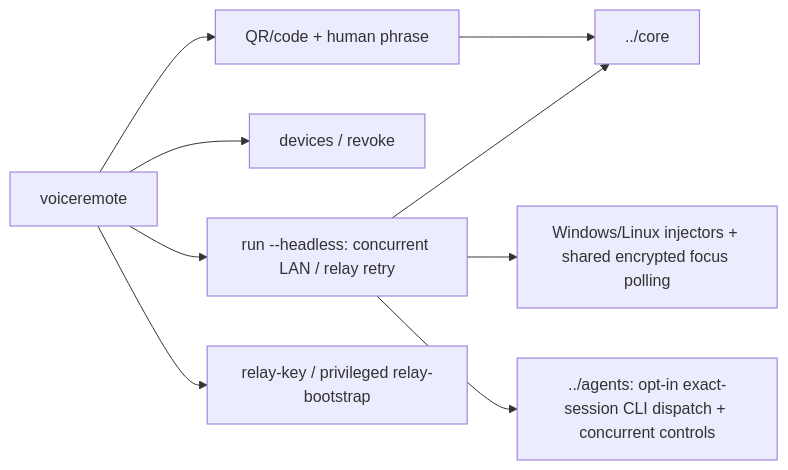
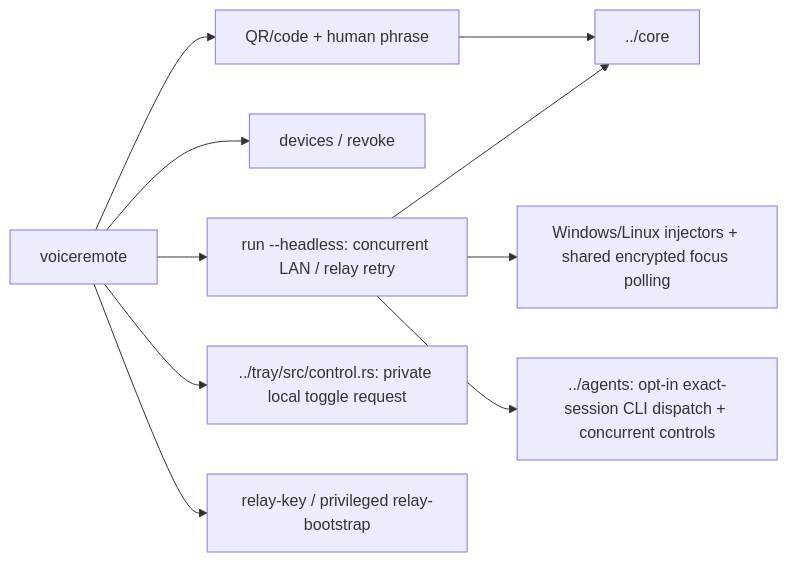
One commit to Harwasch/voiceremote changed the diagram in SW/desktop/crates/app/README.md. Above: the diagram before and after it, drawn with Mermaid. The commit also changed other lines of this file and 31 other files, not shown here.

````diff
--- a/SW/desktop/crates/app/README.md
+++ b/SW/desktop/crates/app/README.md
@@ -1,10 +1,11 @@
 ```mermaid
 flowchart LR
     CLI[voiceremote] --> Pair[QR/code + human phrase]
     CLI --> Registry[devices / revoke]
     CLI --> Run[run --headless: concurrent LAN / relay retry]
+    CLI --> Toggle[../tray/src/control.rs: private local toggle request]
     CLI --> Relay[relay-key / privileged relay-bootstrap]
     Pair & Run --> Core[../core]
     Run --> Desktop[Windows/Linux injectors + shared encrypted focus polling]
     Run --> Agents[../agents: opt-in exact-session CLI dispatch + concurrent controls]
 ```
````
